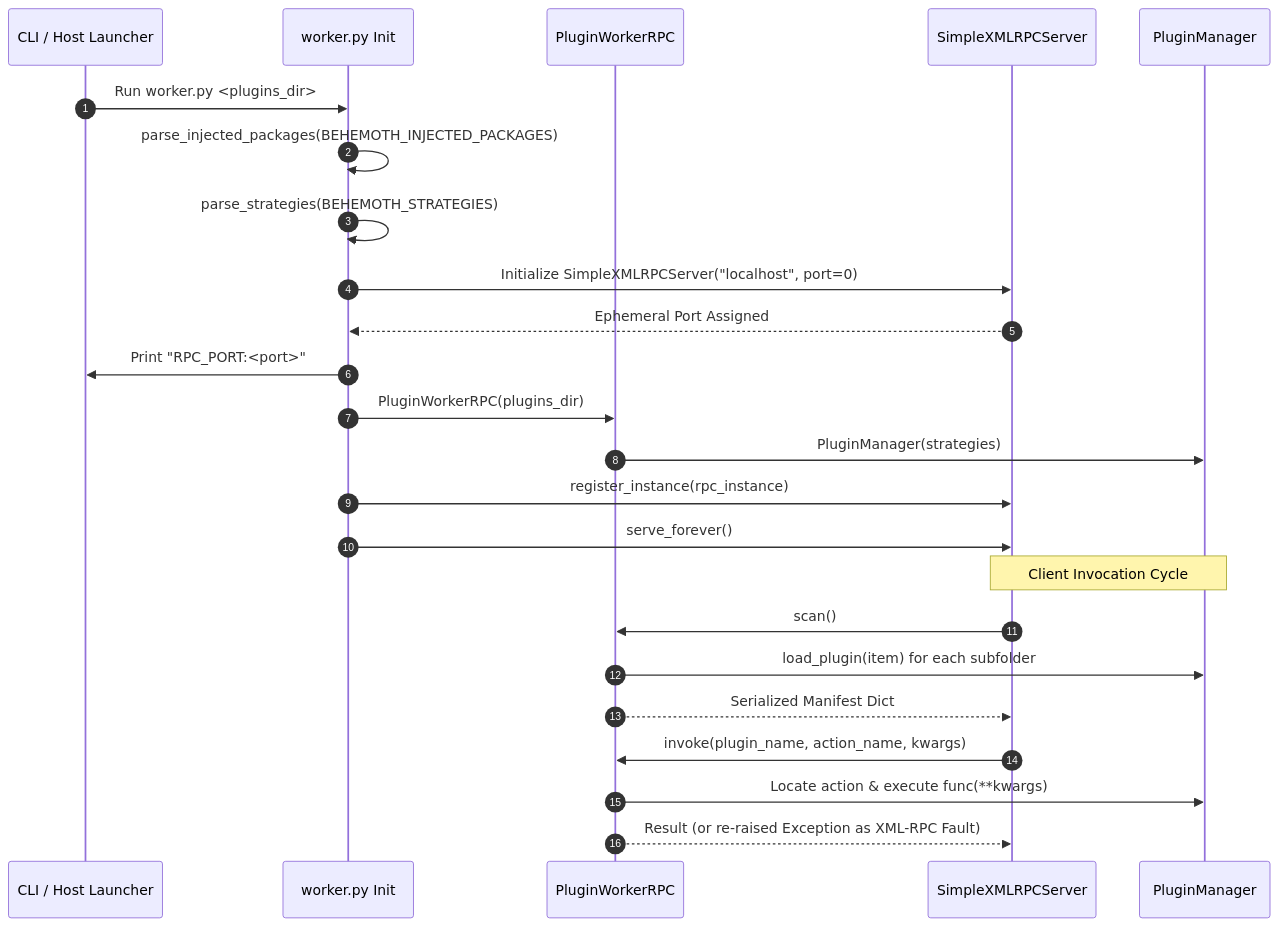
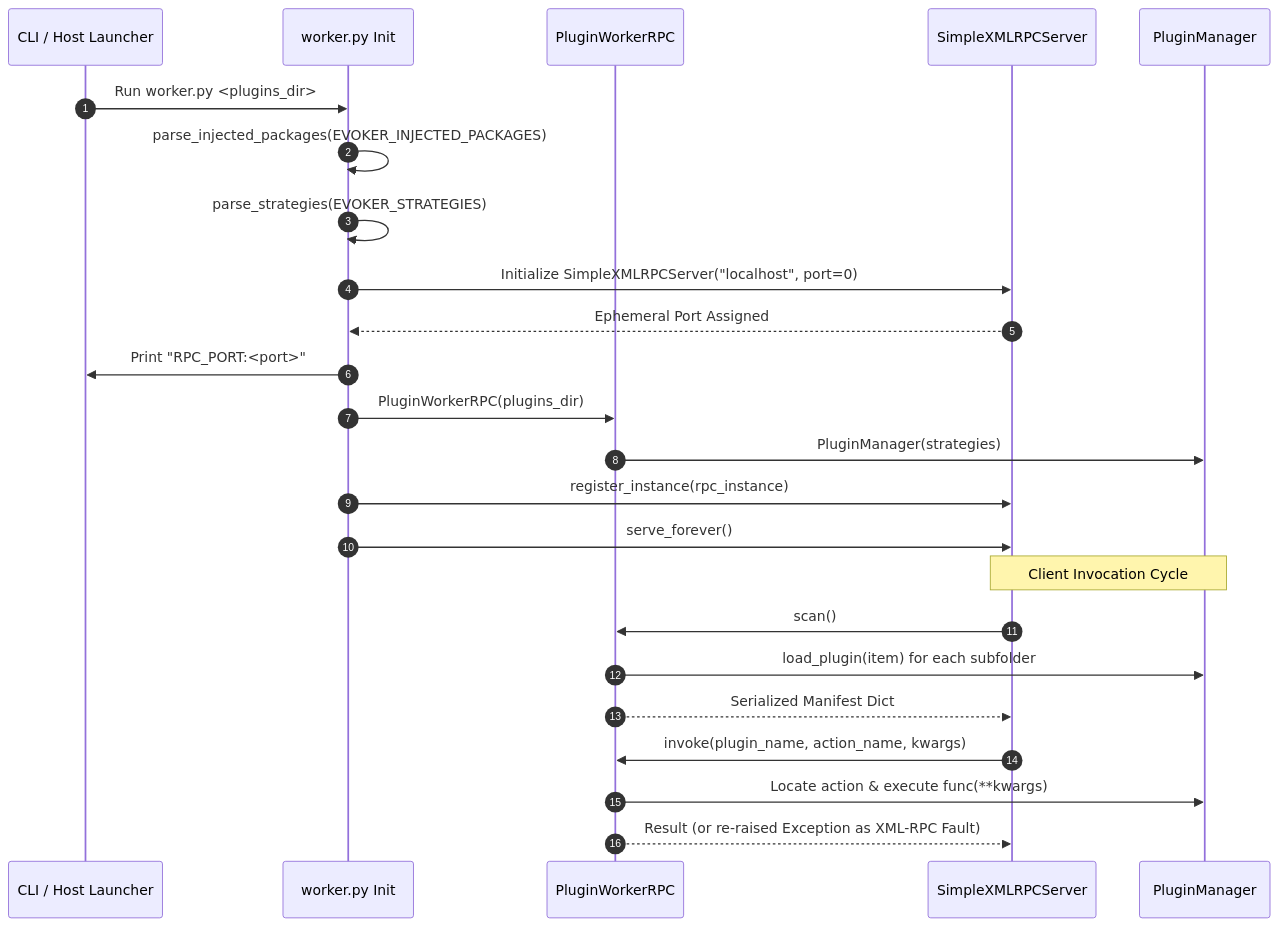
One commit to vxlk/evoker changed the diagram in doc/docs/api/worker.md. Above: the diagram before and after it, drawn with Mermaid. The commit also changed other lines of this file and 1939 other files, not shown here.

````diff
--- a/doc/docs/api/worker.md
+++ b/doc/docs/api/worker.md
@@ -26,29 +26,29 @@
 ```mermaid
 sequenceDiagram
     autonumber
     participant CLI as CLI / Host Launcher
     participant Init as worker.py Init
     participant RPC as PluginWorkerRPC
     participant Server as SimpleXMLRPCServer
     participant Manager as PluginManager
 
     CLI->>Init: Run worker.py <plugins_dir>
-    Init->>Init: parse_injected_packages(BEHEMOTH_INJECTED_PACKAGES)
-    Init->>Init: parse_strategies(BEHEMOTH_STRATEGIES)
+    Init->>Init: parse_injected_packages(EVOKER_INJECTED_PACKAGES)
+    Init->>Init: parse_strategies(EVOKER_STRATEGIES)
     Init->>Server: Initialize SimpleXMLRPCServer("localhost", port=0)
     Server-->>Init: Ephemeral Port Assigned
     Init->>CLI: Print "RPC_PORT:<port>"
     Init->>RPC: PluginWorkerRPC(plugins_dir)
     RPC->>Manager: PluginManager(strategies)
     Init->>Server: register_instance(rpc_instance)
     Init->>Server: serve_forever()
 
     Note over Server,Manager: Client Invocation Cycle
     Server->>RPC: scan()
     RPC->>Manager: load_plugin(item) for each subfolder
     RPC-->>Server: Serialized Manifest Dict
 
     Server->>RPC: invoke(plugin_name, action_name, kwargs)
     RPC->>Manager: Locate action & execute func(**kwargs)
     RPC-->>Server: Result (or re-raised Exception as XML-RPC Fault)
 ```
````
